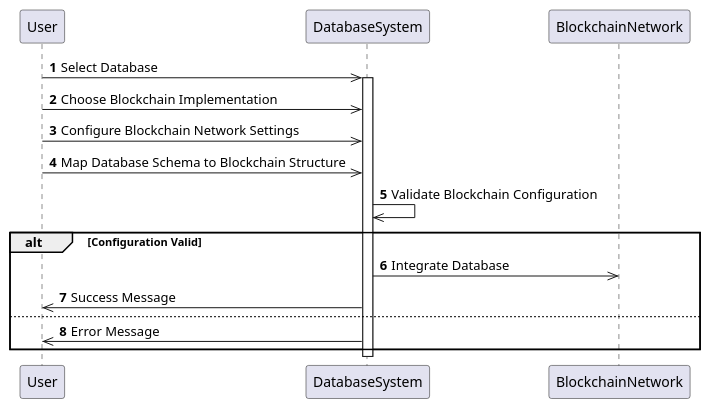
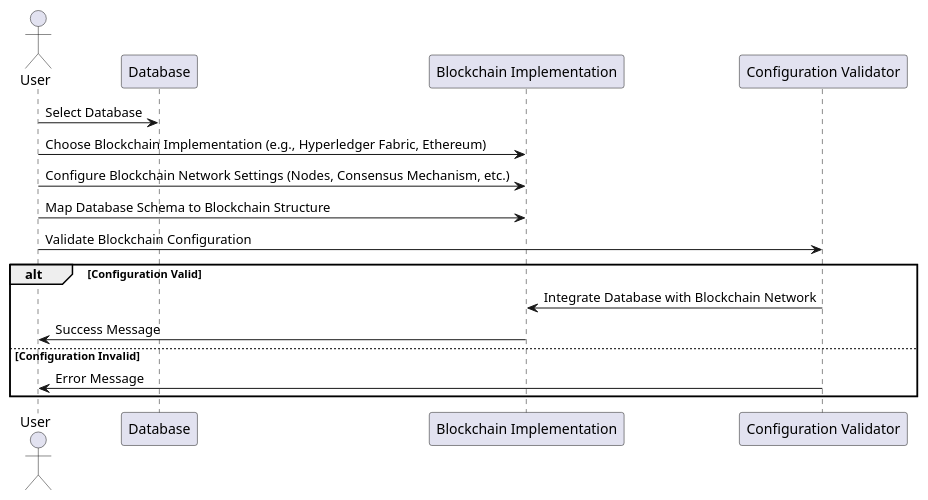
Before and after one commit to adam-omah/Final-Year-Project-Documents: the diagram in PlantUML/SequenceDiagrams/ApplyBlockchainStrategy_Sequence.puml, drawn with PlantUML. The commit also changed 18 other files, not shown here.

```diff
--- a/PlantUML/SequenceDiagrams/ApplyBlockchainStrategy_Sequence.puml
+++ b/PlantUML/SequenceDiagrams/ApplyBlockchainStrategy_Sequence.puml
@@ -1,26 +1,20 @@
 @startuml
-'https://plantuml.com/sequence-diagram
 
-autonumber
-participant User
-participant DatabaseSystem
-participant BlockchainNetwork
+actor User
+participant "Database" as db
+participant "Blockchain Implementation" as blockchain
+participant "Configuration Validator" as validator
 
-User->>DatabaseSystem: Select Database
-activate DatabaseSystem
-
-User->>DatabaseSystem: Choose Blockchain Implementation
-User->>DatabaseSystem: Configure Blockchain Network Settings
-User->>DatabaseSystem: Map Database Schema to Blockchain Structure
-
-DatabaseSystem->>DatabaseSystem: Validate Blockchain Configuration
-
+User -> db : Select Database
+User -> blockchain : Choose Blockchain Implementation (e.g., Hyperledger Fabric, Ethereum)
+User -> blockchain : Configure Blockchain Network Settings (Nodes, Consensus Mechanism, etc.)
+User -> blockchain : Map Database Schema to Blockchain Structure
+User -> validator : Validate Blockchain Configuration
 alt Configuration Valid
-    DatabaseSystem->>BlockchainNetwork: Integrate Database
-    DatabaseSystem->>User: Success Message
-else
-    DatabaseSystem->>User: Error Message
+    validator -> blockchain : Integrate Database with Blockchain Network
+    blockchain -> User : Success Message
+else Configuration Invalid
+    validator -> User : Error Message
 end
 
-deactivate DatabaseSystem
 @enduml
```
